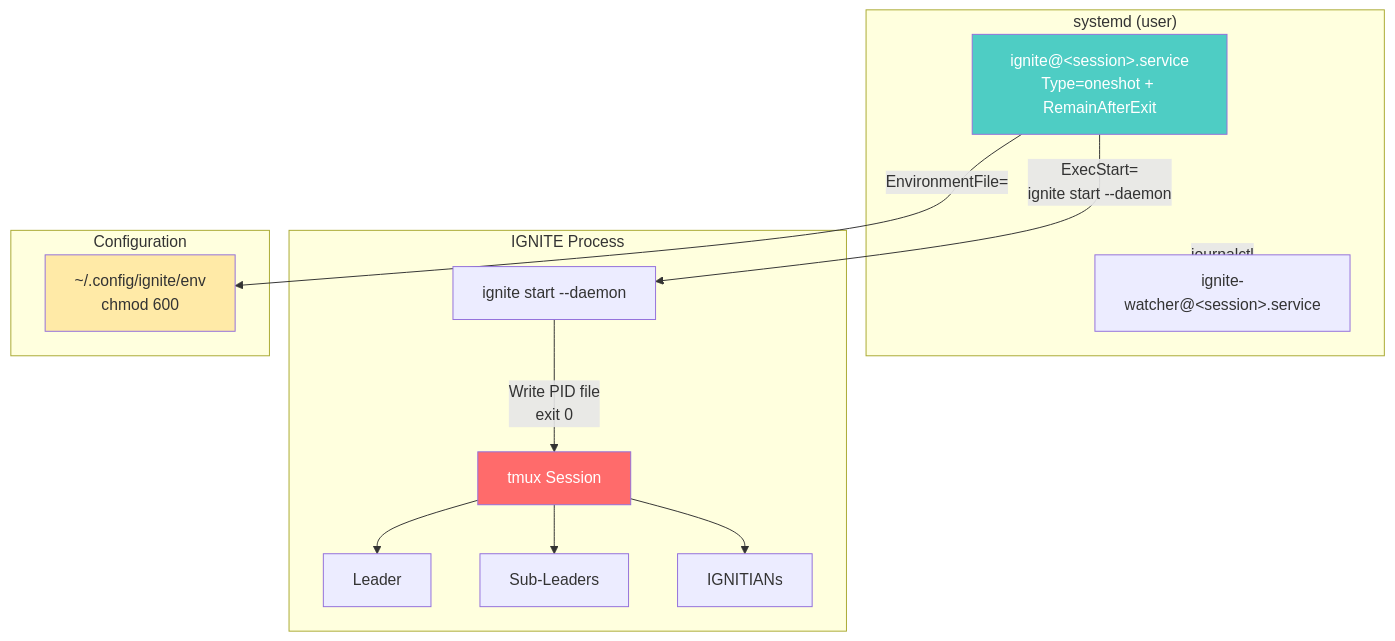
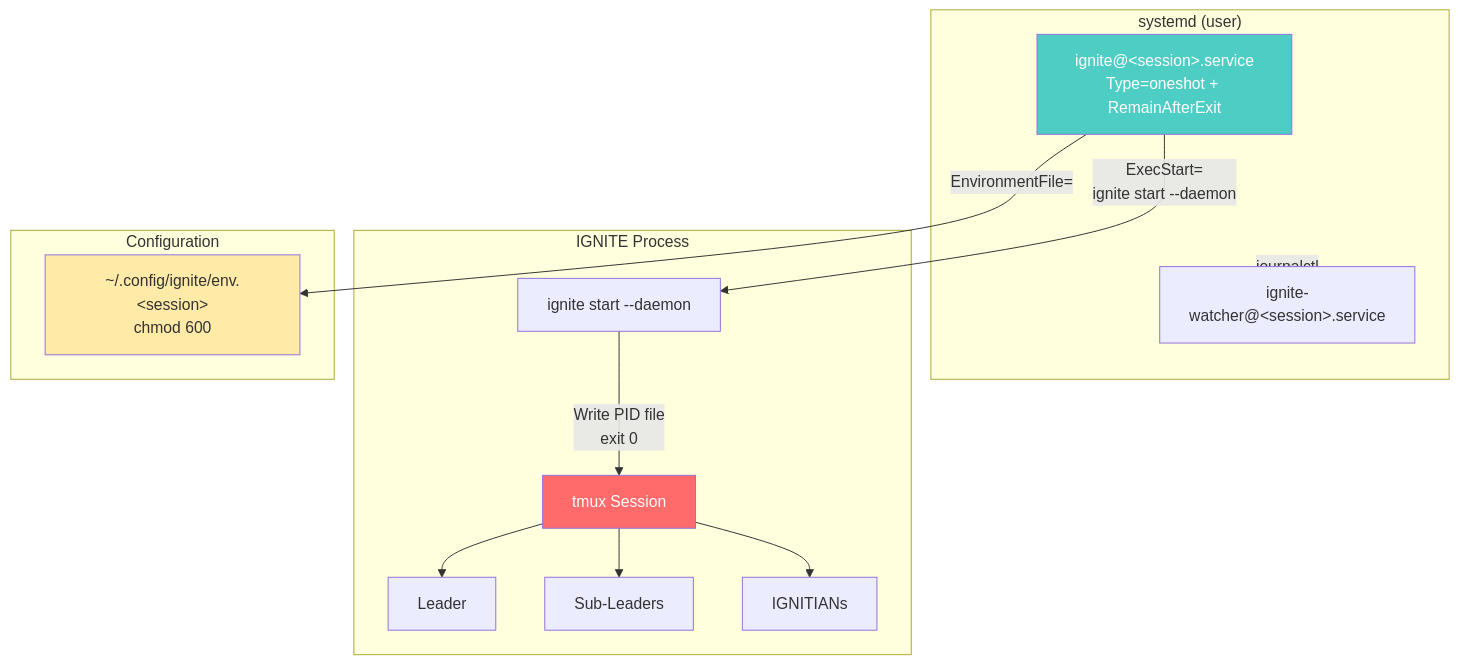
One commit to myfinder/IGNITE changed the diagram in docs/service_en.md. Above: the diagram before and after it, drawn with Mermaid. The commit also changed other lines of this file and 5 other files, not shown here.

````diff
--- a/docs/service_en.md
+++ b/docs/service_en.md
@@ -20,32 +20,32 @@
 ```mermaid
 flowchart TB
     subgraph systemd["systemd (user)"]
         Unit["ignite@&lt;session&gt;.service<br/>Type=oneshot + RemainAfterExit"]
         Watcher["ignite-watcher@&lt;session&gt;.service"]
     end
 
     subgraph IGNITE["IGNITE Process"]
         Start["ignite start --daemon"]
         Tmux["tmux Session"]
         Leader["Leader"]
         SubLeaders["Sub-Leaders"]
         IGNITIANs["IGNITIANs"]
 
         Start -->|"Write PID file<br/>exit 0"| Tmux
         Tmux --> Leader
         Tmux --> SubLeaders
         Tmux --> IGNITIANs
     end
 
     subgraph Config["Configuration"]
-        EnvFile["~/.config/ignite/env<br/>chmod 600"]
+        EnvFile["~/.config/ignite/env.&lt;session&gt;<br/>chmod 600"]
     end
 
     Unit -->|"ExecStart=<br/>ignite start --daemon"| Start
     Unit -->|"EnvironmentFile="| EnvFile
     systemd -->|"journalctl"| Watcher
 
     style Unit fill:#4ecdc4,color:#fff
     style Tmux fill:#ff6b6b,color:#fff
     style EnvFile fill:#ffeaa7,color:#333
 ```
````
